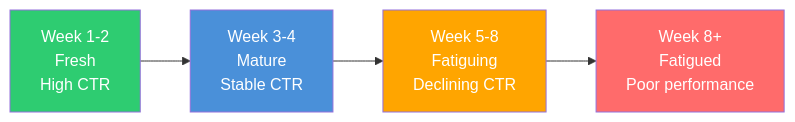
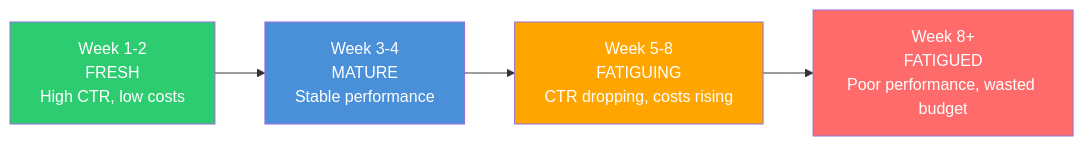
Before and after one commit to saanghyuk/ship-your-ads: the diagram in concepts/creatives.mdx, drawn with Mermaid. The commit also changed other lines of this file and 47 other files, not shown here.

````diff
--- a/concepts/creatives.mdx
+++ b/concepts/creatives.mdx
@@ -374,11 +329,11 @@
 ```mermaid
 graph LR
-    A["Week 1-2<br/>Fresh<br/>High CTR"] --> B["Week 3-4<br/>Mature<br/>Stable CTR"]
-    B --> C["Week 5-8<br/>Fatiguing<br/>Declining CTR"]
-    C --> D["Week 8+<br/>Fatigued<br/>Poor performance"]
+    A["Week 1-2<br/>FRESH<br/>High CTR, low costs"] --> B["Week 3-4<br/>MATURE<br/>Stable performance"]
+    B --> C["Week 5-8<br/>FATIGUING<br/>CTR dropping, costs rising"]
+    C --> D["Week 8+<br/>FATIGUED<br/>Poor performance, wasted budget"]
 
     style A fill:#2ECC71,color:#fff
     style B fill:#4A90D9,color:#fff
     style C fill:#FFA500,color:#fff
     style D fill:#FF6B6B,color:#fff
 ```
````
